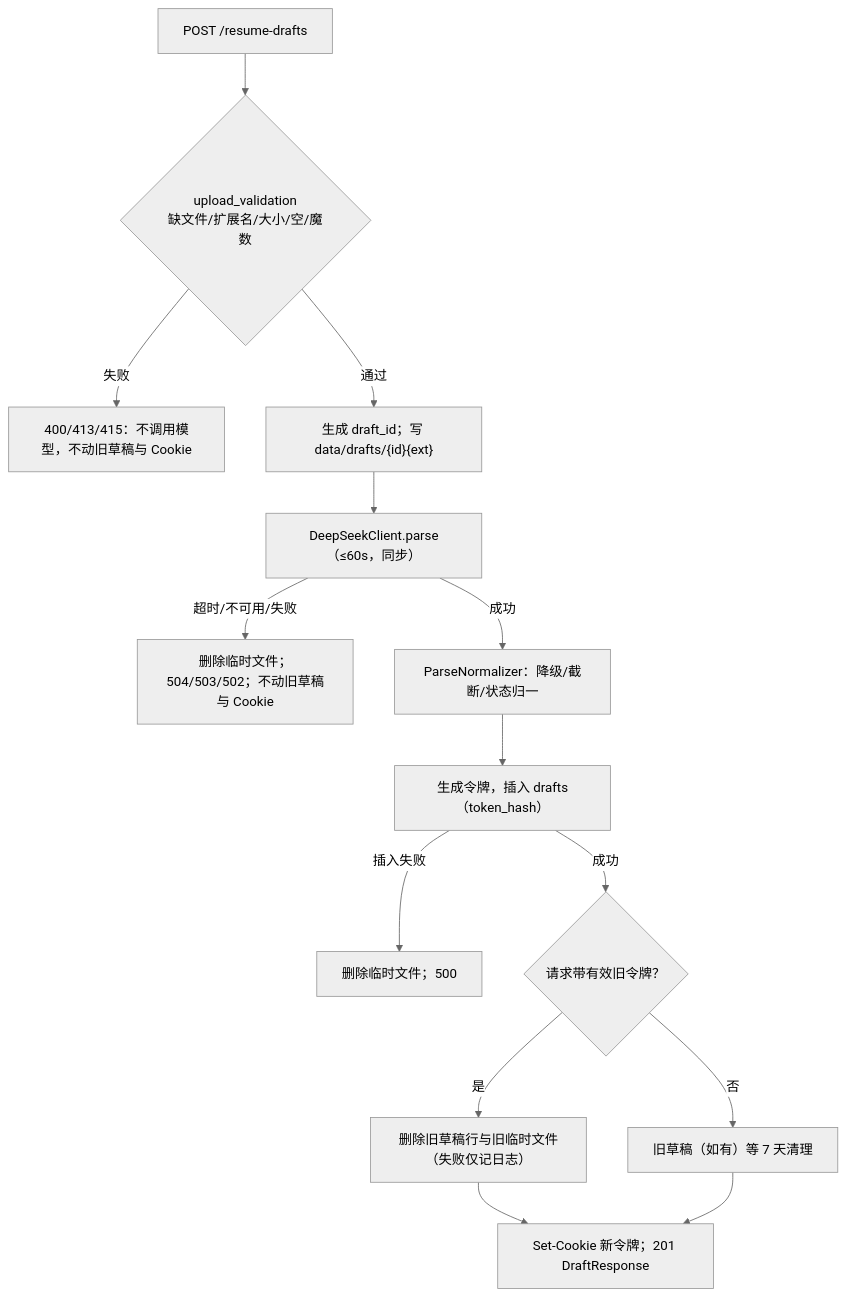
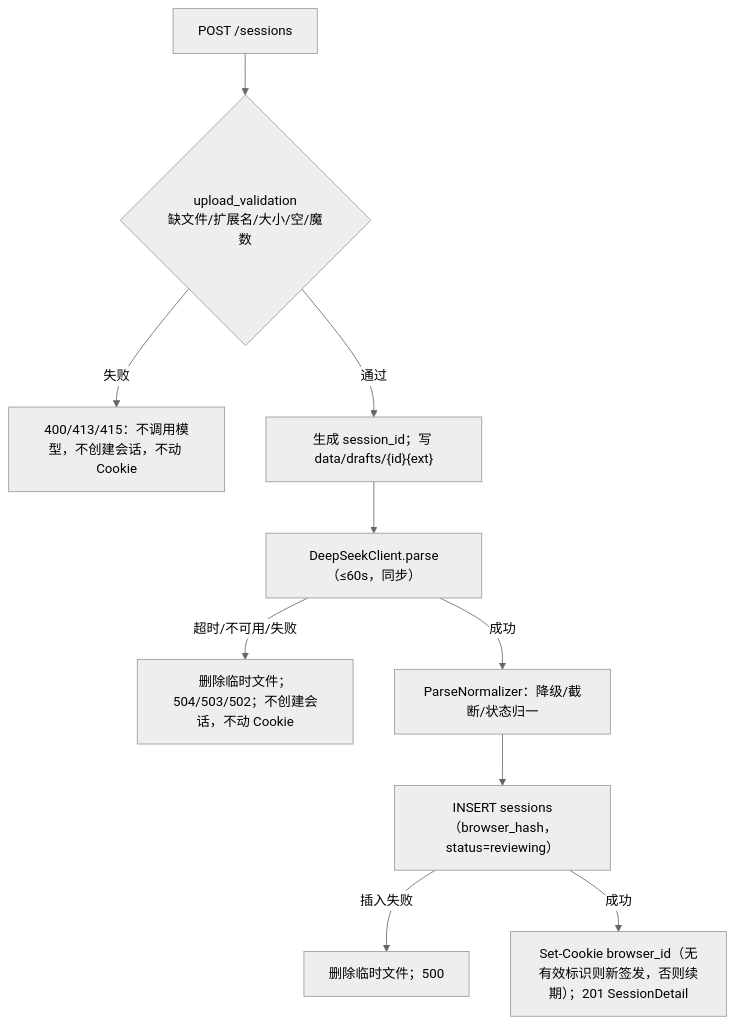
The third of 9 diagrams in backend-docs/HR_PR-1/04_design/design.md (Bohamnan/Loopforge-use-demo), drawn with Mermaid (neutral theme) before and after one commit. The commit also changed other lines of this file and 2 other files, not shown here.

````diff
--- a/backend-docs/HR_PR-1/04_design/design.md
+++ b/backend-docs/HR_PR-1/04_design/design.md
@@ -251,16 +285,12 @@
 ```mermaid
 flowchart TD
-    A["POST /resume-drafts"] --> B{"upload_validation<br/>缺文件/扩展名/大小/空/魔数"}
-    B -- 失败 --> E1["400/413/415：不调用模型，不动旧草稿与 Cookie"]
-    B -- 通过 --> C["生成 draft_id；写 data/drafts/{id}{ext}"]
+    A["POST /sessions"] --> B{"upload_validation<br/>缺文件/扩展名/大小/空/魔数"}
+    B -- 失败 --> E1["400/413/415：不调用模型，不创建会话，不动 Cookie"]
+    B -- 通过 --> C["生成 session_id；写 data/drafts/{id}{ext}"]
     C --> D["DeepSeekClient.parse（≤60s，同步）"]
-    D -- 超时/不可用/失败 --> E2["删除临时文件；504/503/502；不动旧草稿与 Cookie"]
+    D -- 超时/不可用/失败 --> E2["删除临时文件；504/503/502；不创建会话，不动 Cookie"]
     D -- 成功 --> F["ParseNormalizer：降级/截断/状态归一"]
-    F --> G["生成令牌，插入 drafts（token_hash）"]
+    F --> G["INSERT sessions（browser_hash，status=reviewing）"]
     G -- 插入失败 --> E3["删除临时文件；500"]
-    G -- 成功 --> H{"请求带有效旧令牌？"}
-    H -- 是 --> I["删除旧草稿行与旧临时文件（失败仅记日志）"]
-    H -- 否 --> J["旧草稿（如有）等 7 天清理"]
-    I --> K["Set-Cookie 新令牌；201 DraftResponse"]
-    J --> K
+    G -- 成功 --> K["Set-Cookie browser_id（无有效标识则新签发，否则续期）；201 SessionDetail"]
 ```
````
